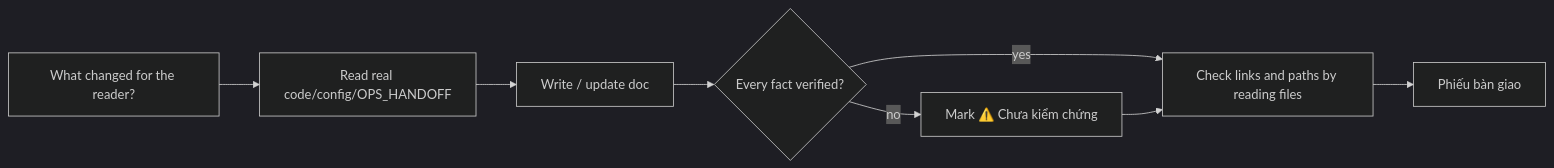
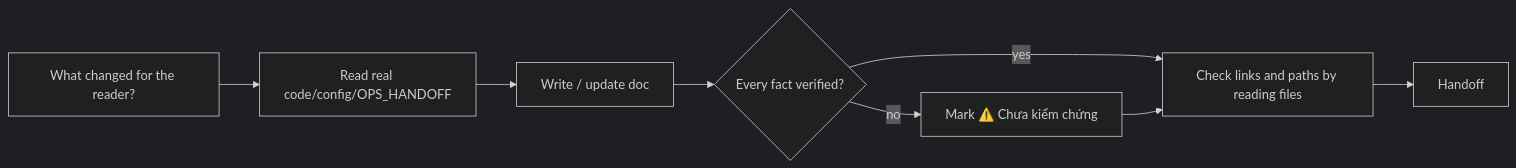
Before and after one commit to Tuan-Quyen/technical-teams: the diagram in agents/writer.md, drawn with Mermaid (dark theme). The commit also changed other lines of this file and 37 other files, not shown here.

````diff
--- a/agents/writer.md
+++ b/agents/writer.md
@@ -24,9 +24,9 @@
 ```mermaid
 flowchart LR
   A[What changed for the reader?] --> B[Read real code/config/OPS_HANDOFF]
   B --> C[Write / update doc]
   C --> D{Every fact verified?}
   D -- no --> E[Mark ⚠️ Chưa kiểm chứng]
   D -- yes --> F
-  E --> F[Check links and paths by reading files] --> G[Phiếu bàn giao]
+  E --> F[Check links and paths by reading files] --> G[Handoff]
 ```
````
